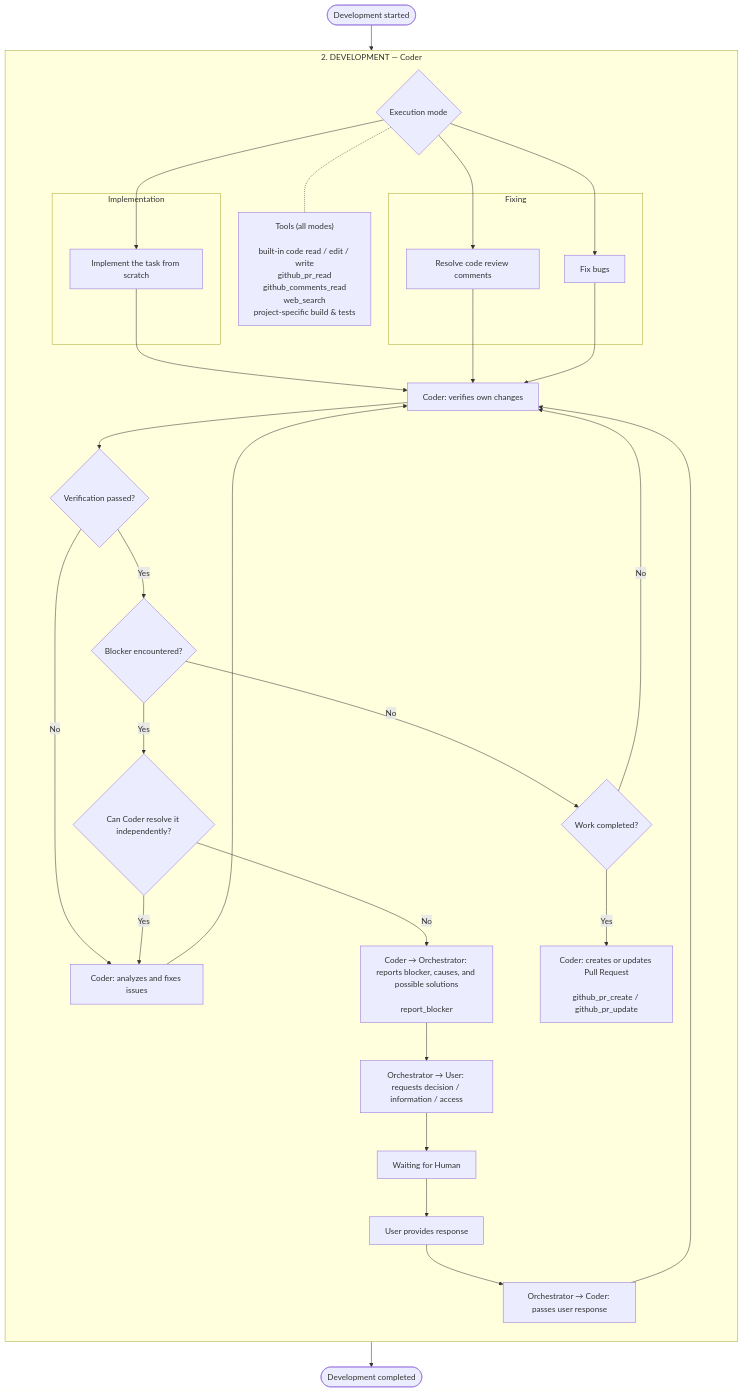
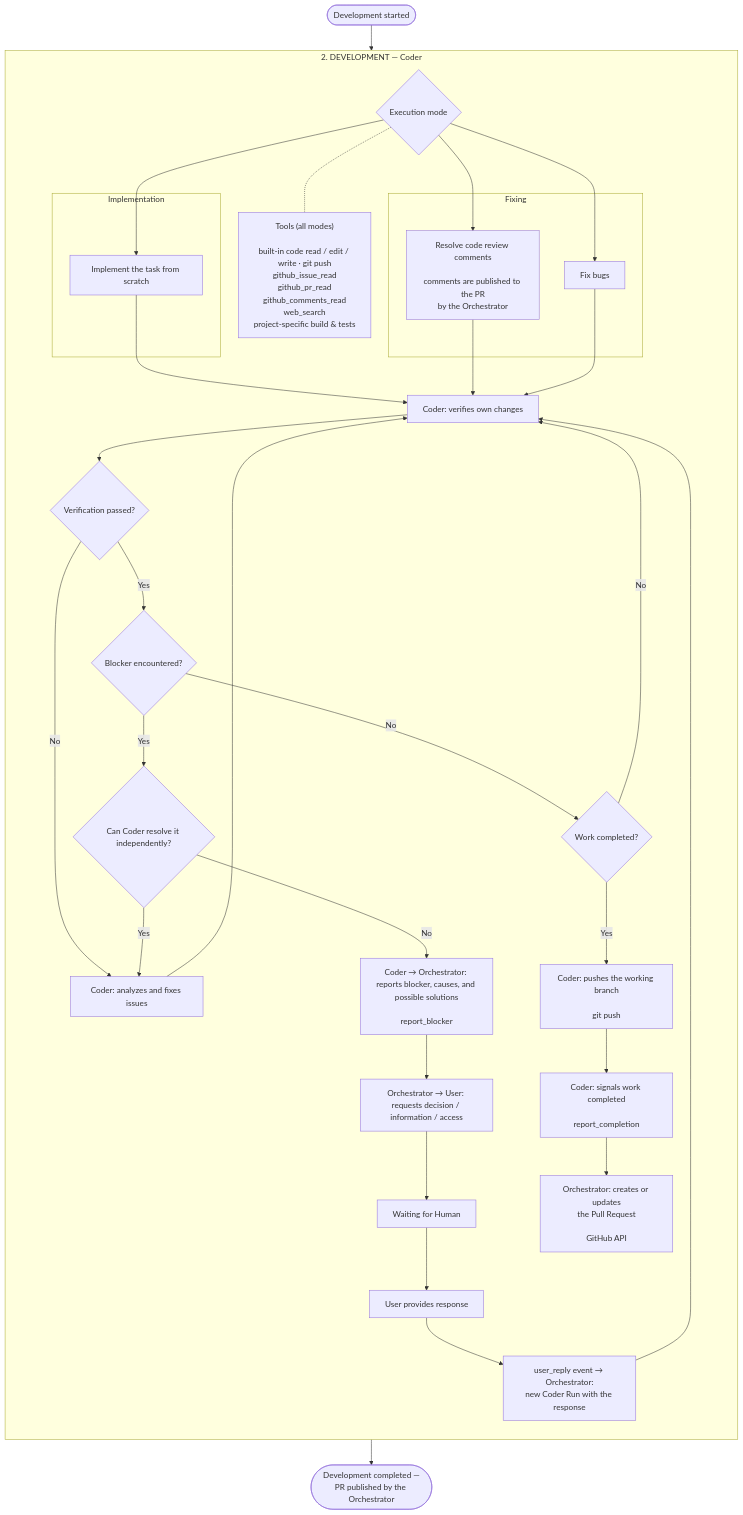
The diagram in docs/flows/development.md (aliaksandrZh/ai-worker-01), drawn with Mermaid before and after one commit. The commit also changed other lines of this file and 8 other files, not shown here.

````diff
--- a/docs/flows/development.md
+++ b/docs/flows/development.md
@@ -1,53 +1,55 @@
 ```mermaid
 flowchart TB
     START(["Development started"])
 
     subgraph DEVELOPMENT["2. DEVELOPMENT — Coder"]
         direction TB
 
         D1{"Execution mode"}
 
-        D1 -.- T0["Tools (all modes)<br/><br/>built-in code read / edit / write<br/>github_pr_read<br/>github_comments_read<br/>web_search<br/>project-specific build &amp; tests"]
+        D1 -.- T0["Tools (all modes)<br/><br/>built-in code read / edit / write · git push<br/>github_issue_read<br/>github_pr_read<br/>github_comments_read<br/>web_search<br/>project-specific build &amp; tests"]
 
         subgraph IMPLEMENTATION["Implementation"]
             I1["Implement the task from scratch"]
         end
 
         subgraph FIXING["Fixing"]
-            F1["Resolve code review comments"]
+            F1["Resolve code review comments<br/><br/>comments are published to the PR<br/>by the Orchestrator"]
             F2["Fix bugs"]
         end
 
         D1 --> I1
         D1 --> F1
         D1 --> F2
 
         I1 --> V1
         F1 --> V1
         F2 --> V1
 
         V1["Coder: verifies own changes"]
         V1 --> V2{"Verification passed?"}
 
         V2 -- "No" --> V3["Coder: analyzes and fixes issues"]
         V3 --> V1
 
         V2 -- "Yes" --> V4{"Blocker encountered?"}
 
         V4 -- "Yes" --> V5{"Can Coder resolve it independently?"}
         V5 -- "Yes" --> V3
         V5 -- "No" --> V6["Coder → Orchestrator: reports blocker, causes, and possible solutions<br/><br/>report_blocker"]
         V6 --> V7["Orchestrator → User: requests decision / information / access"]
         V7 --> V8["Waiting for Human"]
         V8 --> V9["User provides response"]
-        V9 --> V10["Orchestrator → Coder: passes user response"]
+        V9 --> V10["user_reply event → Orchestrator:<br/>new Coder Run with the response"]
         V10 --> V1
 
         V4 -- "No" --> V11{"Work completed?"}
         V11 -- "No" --> V1
-        V11 -- "Yes" --> V12["Coder: creates or updates Pull Request<br/><br/>github_pr_create / github_pr_update"]
+        V11 -- "Yes" --> V12["Coder: pushes the working branch<br/><br/>git push"]
+        V12 --> V13["Coder: signals work completed<br/><br/>report_completion"]
+        V13 --> V14["Orchestrator: creates or updates<br/>the Pull Request<br/><br/>GitHub API"]
     end
 
     START --> D1
-    V12 --> NEXT(["Development completed"])
+    V14 --> NEXT(["Development completed —<br/>PR published by the Orchestrator"])
 ```
````
